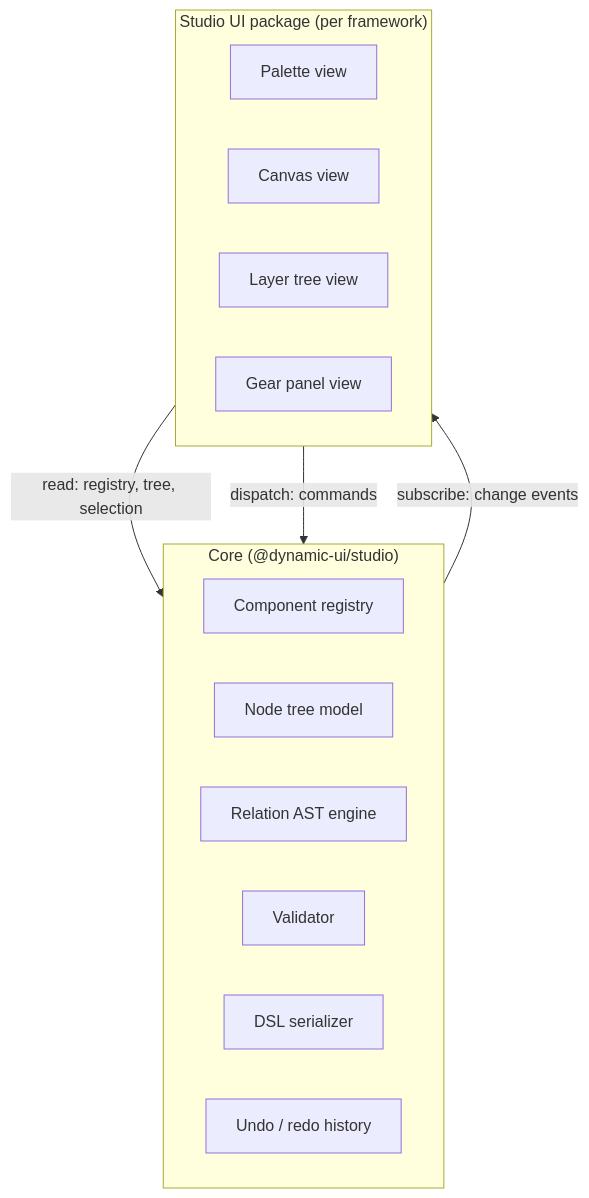
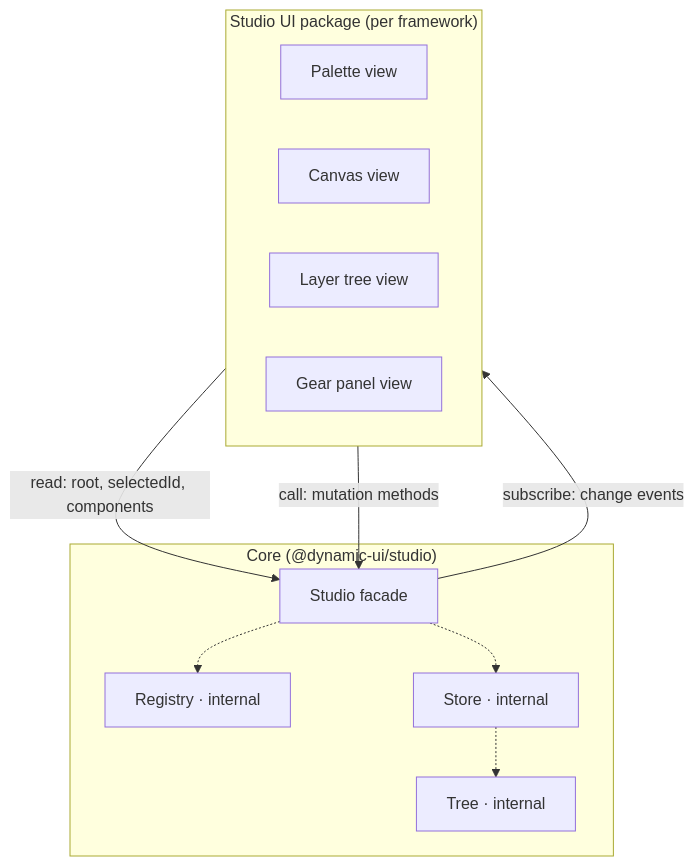
One commit to dk-kasumov/dynamic-ui changed the second of 4 diagrams in ARCHITECTURE.md. Above: the diagram before and after it, drawn with Mermaid. The commit also changed other lines of this file and 30 other files, not shown here.

Commit message:
refactor: made studio as facade, update docs, created ngx-studio lib

````diff
--- a/ARCHITECTURE.md
+++ b/ARCHITECTURE.md
@@ -116,22 +116,20 @@
 ```mermaid
 graph TB
     subgraph CORE["Core (@dynamic-ui/studio)"]
-        Registry[Component registry]
-        Model[Node tree model]
-        AST[Relation AST engine]
-        Validator[Validator]
-        Serializer[DSL serializer]
-        History[Undo / redo history]
+        Studio[Studio facade]
+        Studio -.-> Registry[Registry · internal]
+        Studio -.-> Store[Store · internal]
+        Store -.-> Tree[Tree · internal]
     end
 
     subgraph UIP["Studio UI package (per framework)"]
         Palette[Palette view]
         Canvas[Canvas view]
-        Tree[Layer tree view]
+        Layers[Layer tree view]
         Gear[Gear panel view]
     end
 
-    UIP -->|read: registry, tree, selection| CORE
-    UIP -->|dispatch: commands| CORE
-    CORE -->|subscribe: change events| UIP
+    UIP -->|read: root, selectedId, components| Studio
+    UIP -->|call: mutation methods| Studio
+    Studio -->|subscribe: change events| UIP
 ```
````
